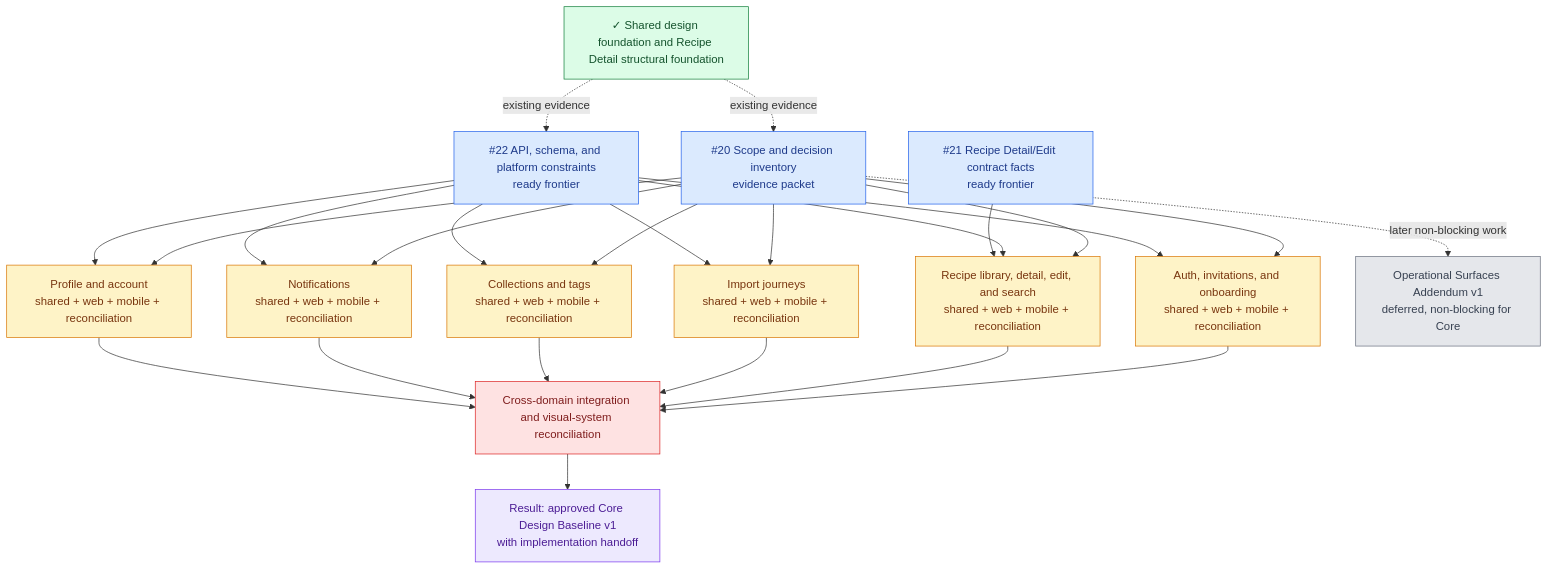
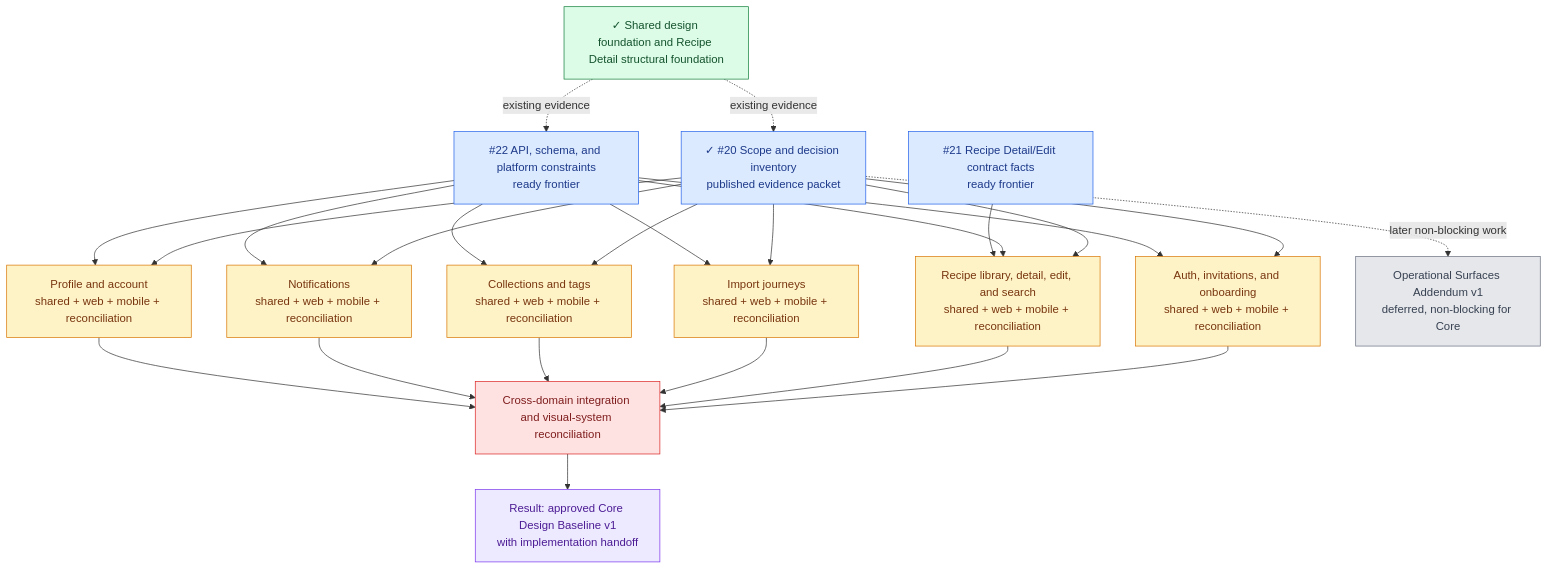
One commit to starkovalera/recipe-manager changed the second of 3 diagrams in docs/roadmap.md. Above: the diagram before and after it, drawn with Mermaid. The commit also changed 1 other file, not shown here.

Commit message:
docs: sync post-merge completion state (#57)

````diff
--- a/docs/roadmap.md
+++ b/docs/roadmap.md
@@ -67,57 +67,57 @@
 ```mermaid
 flowchart TD
   foundation["✓ Shared design foundation and Recipe Detail structural foundation"]
-  scope["#20 Scope and decision inventory<br/>evidence packet"]
+  scope["✓ #20 Scope and decision inventory<br/>published evidence packet"]
   constraints["#22 API, schema, and platform constraints<br/>ready frontier"]
   recipeFacts["#21 Recipe Detail/Edit contract facts<br/>ready frontier"]
 
   auth["Auth, invitations, and onboarding<br/>shared + web + mobile + reconciliation"]
   recipes["Recipe library, detail, edit, and search<br/>shared + web + mobile + reconciliation"]
   imports["Import journeys<br/>shared + web + mobile + reconciliation"]
   collections["Collections and tags<br/>shared + web + mobile + reconciliation"]
   notifications["Notifications<br/>shared + web + mobile + reconciliation"]
   account["Profile and account<br/>shared + web + mobile + reconciliation"]
 
   integration["Cross-domain integration and visual-system reconciliation"]
   operational["Operational Surfaces Addendum v1<br/>deferred, non-blocking for Core"]
   result["Result: approved Core Design Baseline v1<br/>with implementation handoff"]
 
   foundation -. existing evidence .-> scope
   foundation -. existing evidence .-> constraints
   scope --> auth
   scope --> recipes
   scope --> imports
   scope --> collections
   scope --> notifications
   scope --> account
   constraints --> auth
   constraints --> recipes
   constraints --> imports
   constraints --> collections
   constraints --> notifications
   constraints --> account
   recipeFacts --> recipes
 
   auth --> integration
   recipes --> integration
   imports --> integration
   collections --> integration
   notifications --> integration
   account --> integration
   integration --> result
   scope -. later non-blocking work .-> operational
 
   classDef complete fill:#dcfce7,stroke:#15803d,color:#14532d
   classDef ready fill:#dbeafe,stroke:#2563eb,color:#1e3a8a
   classDef planned fill:#fef3c7,stroke:#d97706,color:#78350f
   classDef blocked fill:#fee2e2,stroke:#dc2626,color:#7f1d1d
   classDef deferred fill:#e5e7eb,stroke:#6b7280,color:#374151
   classDef result fill:#ede9fe,stroke:#7c3aed,color:#4c1d95
 
   class foundation complete
   class scope,constraints,recipeFacts ready
   class auth,recipes,imports,collections,notifications,account planned
   class integration blocked
   class operational deferred
   class result result
 ```
````
